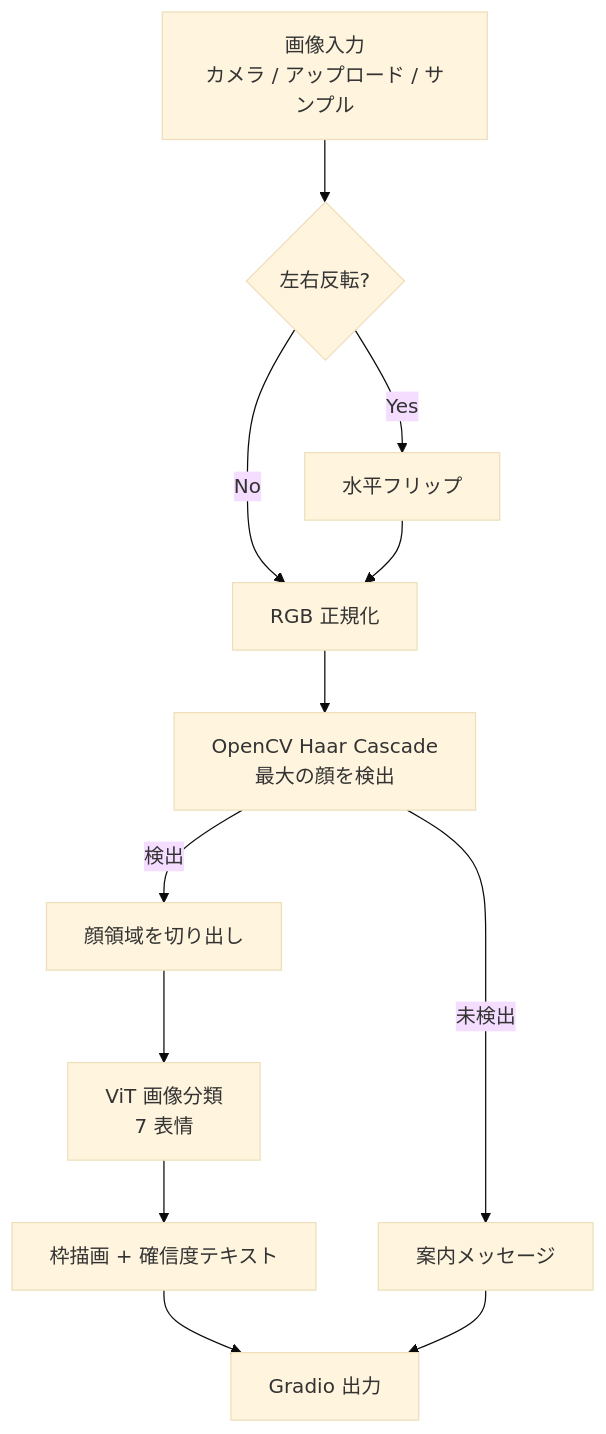
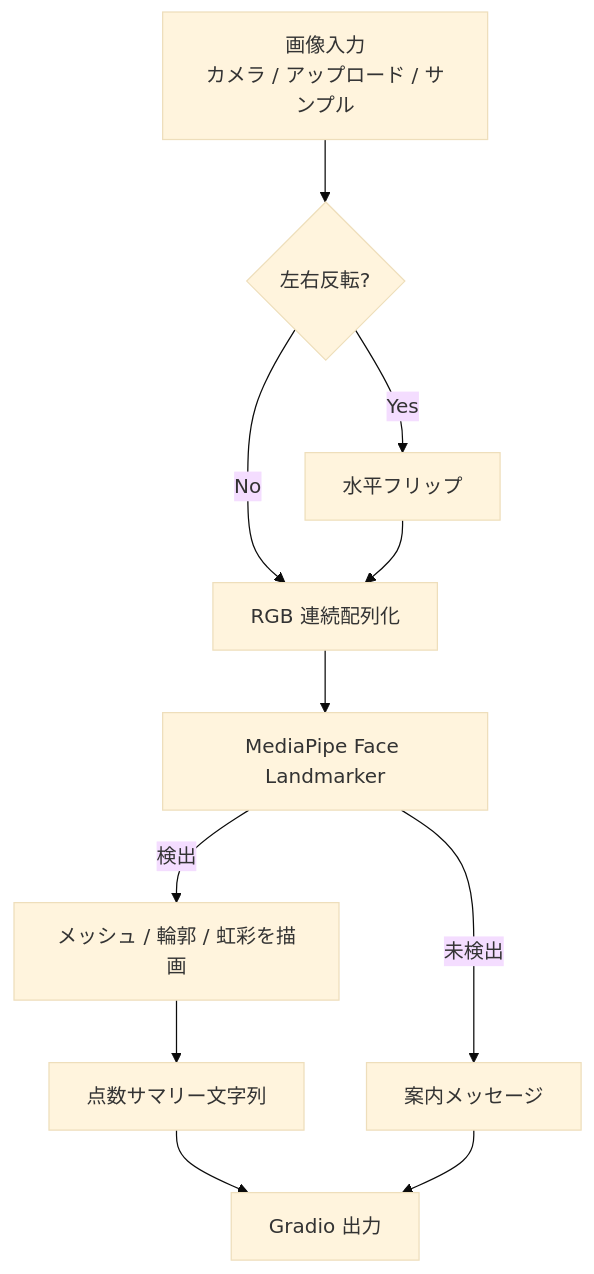
The first of 2 diagrams in document.md (yryo1005/OpenCampus_Demo), drawn with Mermaid (base theme) before and after one commit. The commit also changed other lines of this file and 4 other files, not shown here.

````diff
--- a/document.md
+++ b/document.md
@@ -32,14 +32,13 @@
 ```mermaid
 flowchart TD
     A[画像入力<br/>カメラ / アップロード / サンプル] --> B{左右反転?}
     B -->|Yes| C[水平フリップ]
-    B -->|No| D[RGB 正規化]
+    B -->|No| D[RGB 連続配列化]
     C --> D
-    D --> E[OpenCV Haar Cascade<br/>最大の顔を検出]
+    D --> E[MediaPipe Face Landmarker]
     E -->|未検出| F[案内メッセージ]
-    E -->|検出| G[顔領域を切り出し]
-    G --> H[ViT 画像分類<br/>7 表情]
-    H --> I[枠描画 + 確信度テキスト]
-    I --> J[Gradio 出力]
-    F --> J
+    E -->|検出| G[メッシュ / 輪郭 / 虹彩を描画]
+    G --> H[点数サマリー文字列]
+    H --> I[Gradio 出力]
+    F --> I
 ```
````
